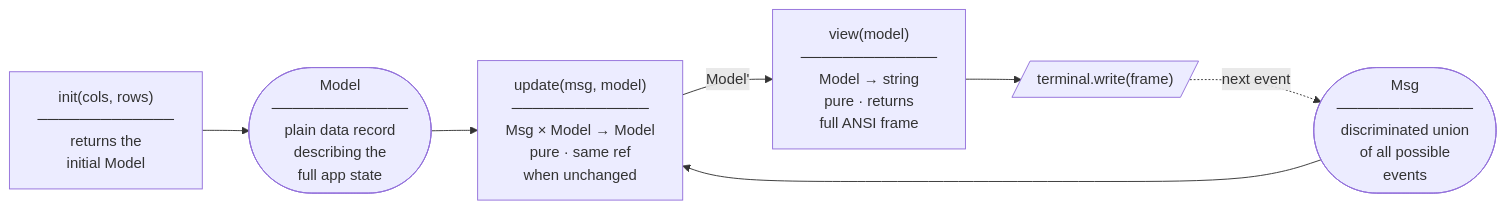
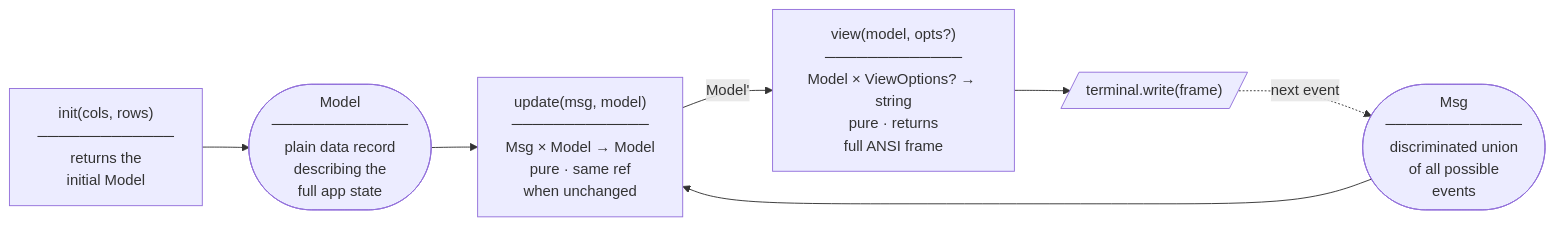
The first of 2 diagrams in README.md (btwiuse/login-tui), drawn with Mermaid before and after one commit. The commit also changed other lines of this file and 7 other files, not shown here.

````diff
--- a/README.md
+++ b/README.md
@@ -21,16 +21,16 @@
 ```mermaid
 flowchart LR
     init["init(cols, rows)\n─────────────\nreturns the\ninitial Model"]
     Model(["Model\n─────────────\nplain data record\ndescribing the\nfull app state"])
     Msg(["Msg\n─────────────\ndiscriminated union\nof all possible\nevents"])
     update["update(msg, model)\n─────────────\nMsg × Model → Model\npure · same ref\nwhen unchanged"]
-    view["view(model)\n─────────────\nModel → string\npure · returns\nfull ANSI frame"]
+    view["view(model, opts?)\n─────────────\nModel × ViewOptions? → string\npure · returns\nfull ANSI frame"]
     terminal[/"terminal.write(frame)"/]
 
     init --> Model
     Msg  --> update
     Model --> update
     update --> |"Model'"| view
     view --> terminal
     terminal -.->|next event| Msg
 ```
````
